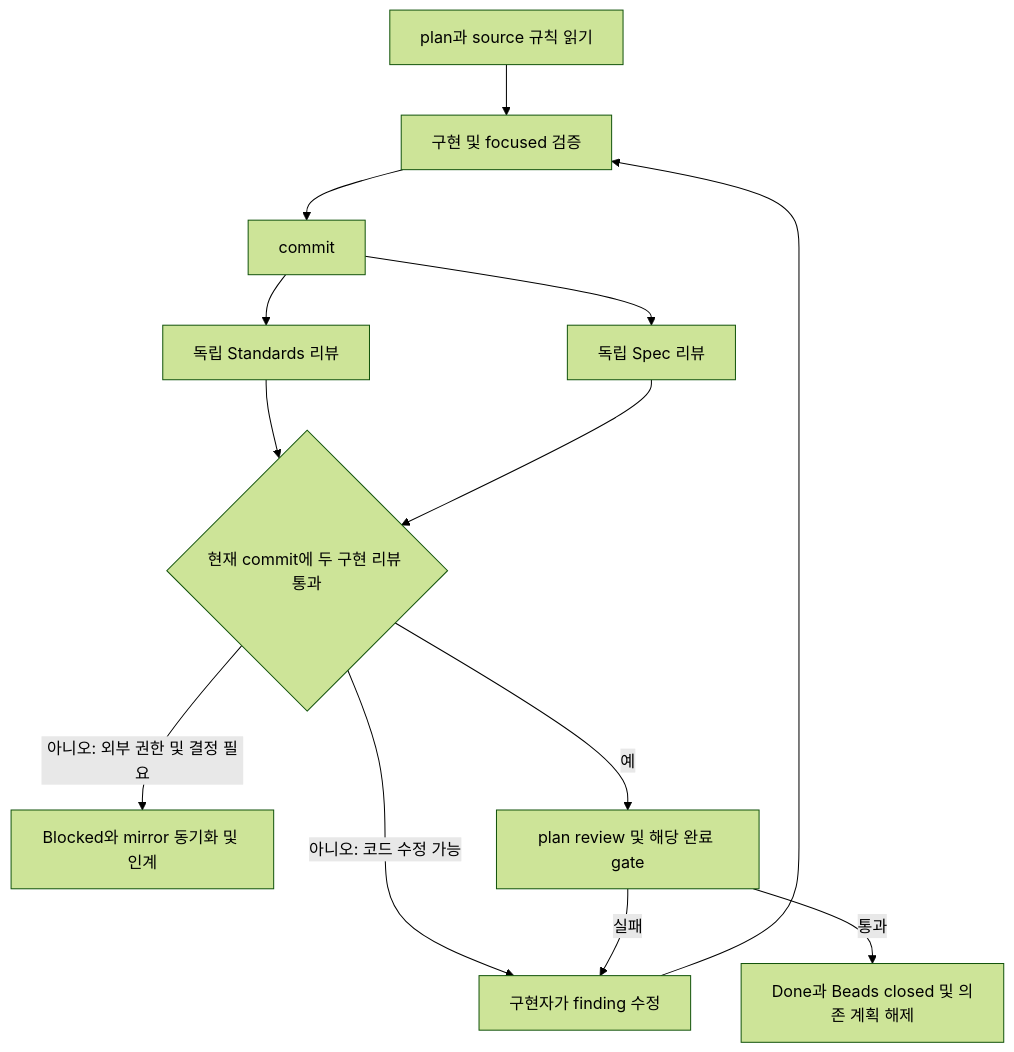
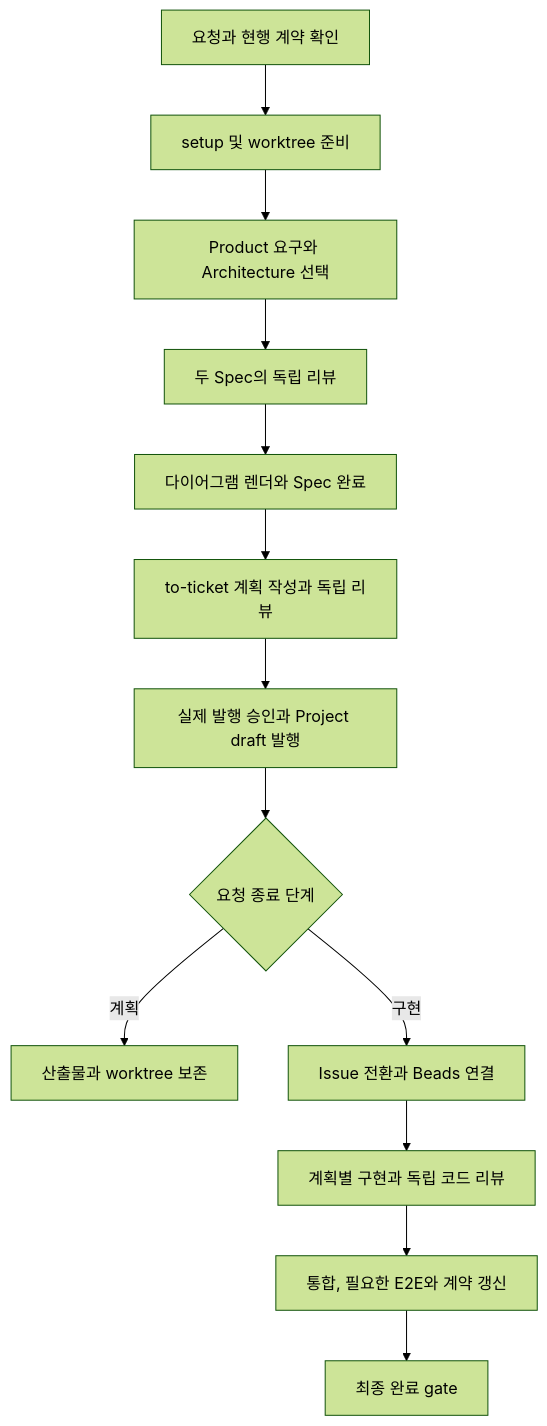
One commit to omegafrog/harness-codex changed the diagram in docs/architecture/workflow-lifecycle.md. Above: the diagram before and after it, drawn with Mermaid (forest theme). The commit also changed other lines of this file and 60 other files, not shown here.

````diff
--- a/docs/architecture/workflow-lifecycle.md
+++ b/docs/architecture/workflow-lifecycle.md
@@ -205,15 +5,15 @@
 ```mermaid
 flowchart TD
-    A[plan과 source 규칙 읽기] --> B[구현 및 focused 검증]
-    B --> C[commit]
-    C --> D[독립 Standards 리뷰]
-    C --> E[독립 Spec 리뷰]
-    D --> F{현재 commit에 두 구현 리뷰 통과}
-    E --> F
-    F -->|아니오: 코드 수정 가능| G[구현자가 finding 수정]
-    G --> B
-    F -->|아니오: 외부 권한 및 결정 필요| H[Blocked와 mirror 동기화 및 인계]
-    F -->|예| I[plan review 및 해당 완료 gate]
-    I -->|실패| G
-    I -->|통과| J[Done과 Beads closed 및 의존 계획 해제]
+  A[요청과 현행 계약 확인] --> B[setup 및 worktree 준비]
+  B --> C[Product 요구와 Architecture 선택]
+  C --> D[두 Spec의 독립 리뷰]
+  D --> E[다이어그램 렌더와 Spec 완료]
+  E --> F[to-ticket 계획 작성과 독립 리뷰]
+  F --> G[실제 발행 승인과 Project draft 발행]
+  G --> H{요청 종료 단계}
+  H -->|계획| I[산출물과 worktree 보존]
+  H -->|구현| J[Issue 전환과 Beads 연결]
+  J --> K[계획별 구현과 독립 코드 리뷰]
+  K --> L[통합, 필요한 E2E와 계약 갱신]
+  L --> M[최종 완료 gate]
 ```
````
